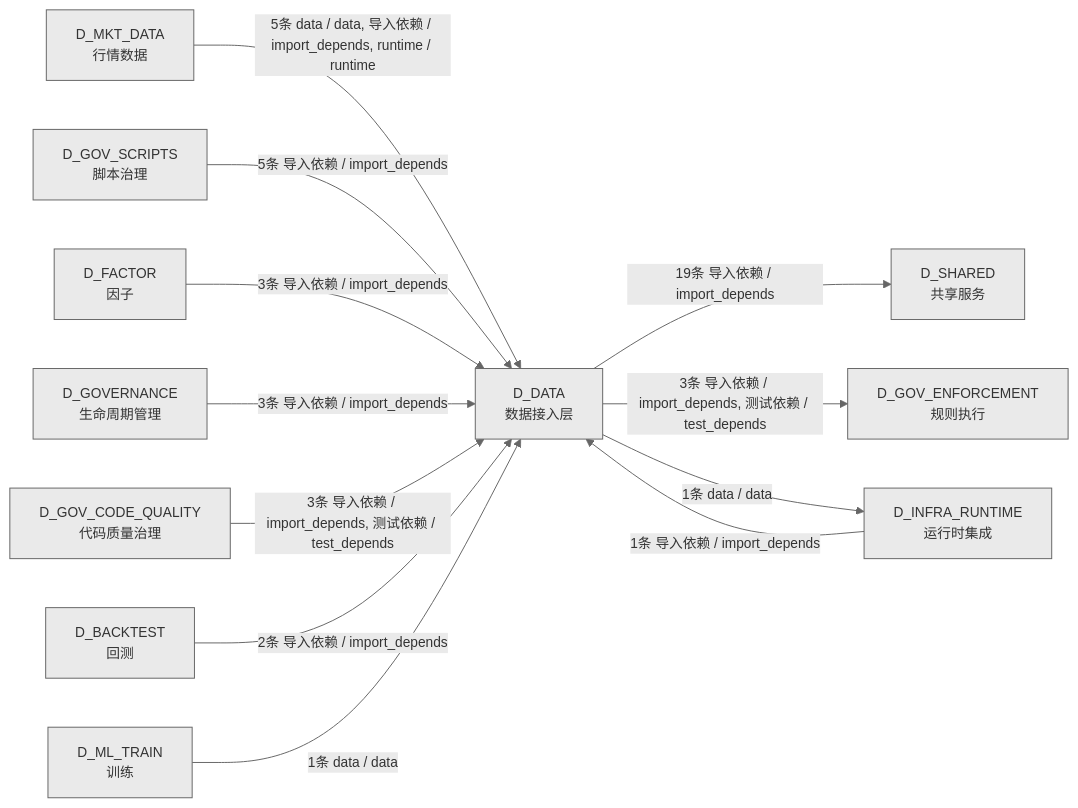
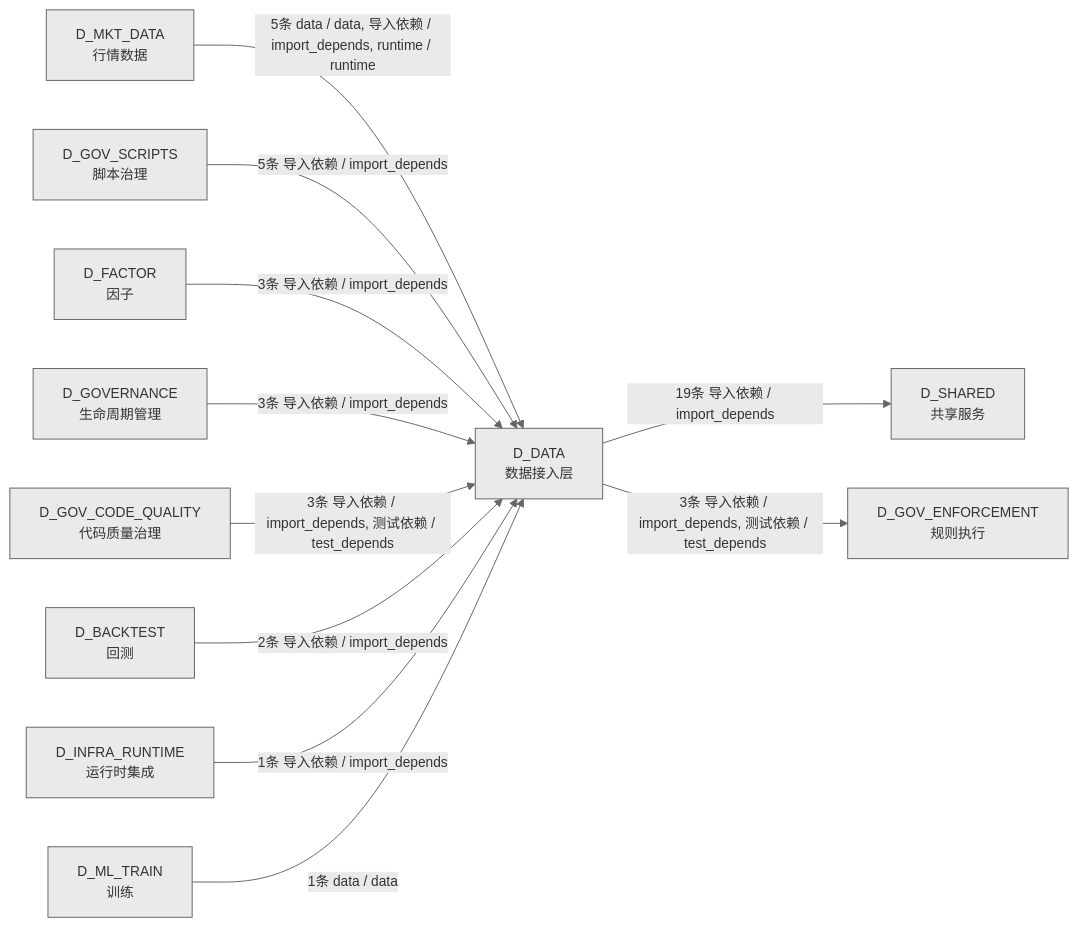
The fourth of 4 diagrams in docs/02_enterprise_architecture/02_domain_architecture_docs/11_d_data.md (xuanFelixVan/ZephyrAlpha), drawn with Mermaid before and after one commit. The commit also changed other lines of this file and 37 other files, not shown here.

````diff
--- a/docs/02_enterprise_architecture/02_domain_architecture_docs/11_d_data.md
+++ b/docs/02_enterprise_architecture/02_domain_architecture_docs/11_d_data.md
@@ -1370,26 +1368,25 @@
 ```mermaid
 %%{init: {'theme': 'base', 'themeVariables': {'primaryColor': '#eaeaea', 'primaryTextColor': '#333333', 'primaryBorderColor': '#666666', 'lineColor': '#666666', 'secondaryColor': '#eaeaea', 'tertiaryColor': '#eaeaea', 'fontSize': '14px'}}}%%
 graph LR
     D_DATA["D_DATA<br/>数据接入层"]
     D_SHARED["D_SHARED<br/>共享服务"]
     D_GOV_ENFORCEMENT["D_GOV_ENFORCEMENT<br/>规则执行"]
-    D_INFRA_RUNTIME["D_INFRA_RUNTIME<br/>运行时集成"]
     D_MKT_DATA["D_MKT_DATA<br/>行情数据"]
     D_GOV_SCRIPTS["D_GOV_SCRIPTS<br/>脚本治理"]
     D_FACTOR["D_FACTOR<br/>因子"]
     D_GOVERNANCE["D_GOVERNANCE<br/>生命周期管理"]
     D_GOV_CODE_QUALITY["D_GOV_CODE_QUALITY<br/>代码质量治理"]
     D_BACKTEST["D_BACKTEST<br/>回测"]
+    D_INFRA_RUNTIME["D_INFRA_RUNTIME<br/>运行时集成"]
     D_ML_TRAIN["D_ML_TRAIN<br/>训练"]
     D_DATA -->|19条 导入依赖 / import_depends| D_SHARED
     D_DATA -->|3条 导入依赖 / import_depends, 测试依赖 / test_depends| D_GOV_ENFORCEMENT
-    D_DATA -->|1条 data / data| D_INFRA_RUNTIME
     D_MKT_DATA -->|5条 data / data, 导入依赖 / import_depends, runtime / runtime| D_DATA
     D_GOV_SCRIPTS -->|5条 导入依赖 / import_depends| D_DATA
     D_FACTOR -->|3条 导入依赖 / import_depends| D_DATA
     D_GOVERNANCE -->|3条 导入依赖 / import_depends| D_DATA
     D_GOV_CODE_QUALITY -->|3条 导入依赖 / import_depends, 测试依赖 / test_depends| D_DATA
     D_BACKTEST -->|2条 导入依赖 / import_depends| D_DATA
     D_INFRA_RUNTIME -->|1条 导入依赖 / import_depends| D_DATA
     D_ML_TRAIN -->|1条 data / data| D_DATA
 ```
````
